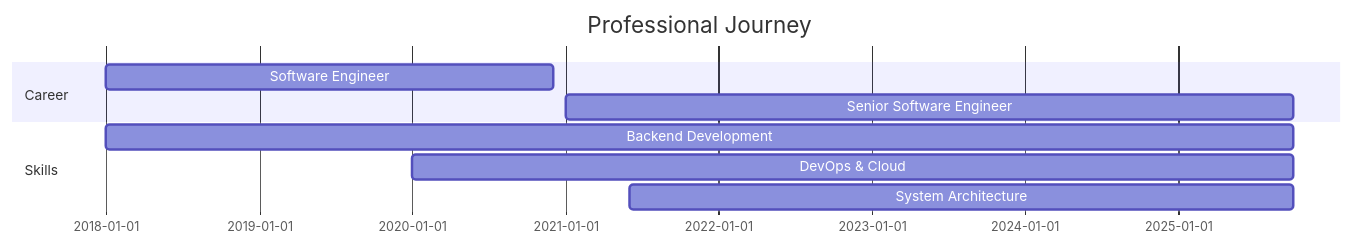
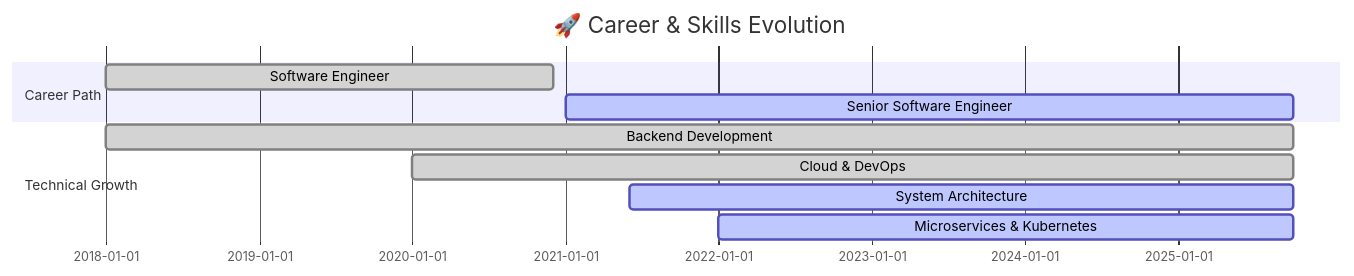
The diagram in README.md (sarvarunajvm/sarvarunajvm), drawn with Mermaid before and after one commit. The commit also changed other lines of this file, not shown here.

````diff
--- a/README.md
+++ b/README.md
@@ -340,12 +383,13 @@
 ```mermaid
 gantt
-    title Professional Journey
+    title 🚀 Career & Skills Evolution
     dateFormat YYYY-MM
-    section Career
-    Software Engineer           :2018-01, 2020-12
-    Senior Software Engineer    :2021-01, 2025-10
-    section Skills
-    Backend Development         :2018-01, 2025-10
-    DevOps & Cloud             :2020-01, 2025-10
-    System Architecture        :2021-06, 2025-10
+    section Career Path
+    Software Engineer           :done, 2018-01, 2020-12
+    Senior Software Engineer    :active, 2021-01, 2025-10
+    section Technical Growth
+    Backend Development         :done, 2018-01, 2025-10
+    Cloud & DevOps             :done, 2020-01, 2025-10
+    System Architecture        :active, 2021-06, 2025-10
+    Microservices & Kubernetes :active, 2022-01, 2025-10
 ```
````
